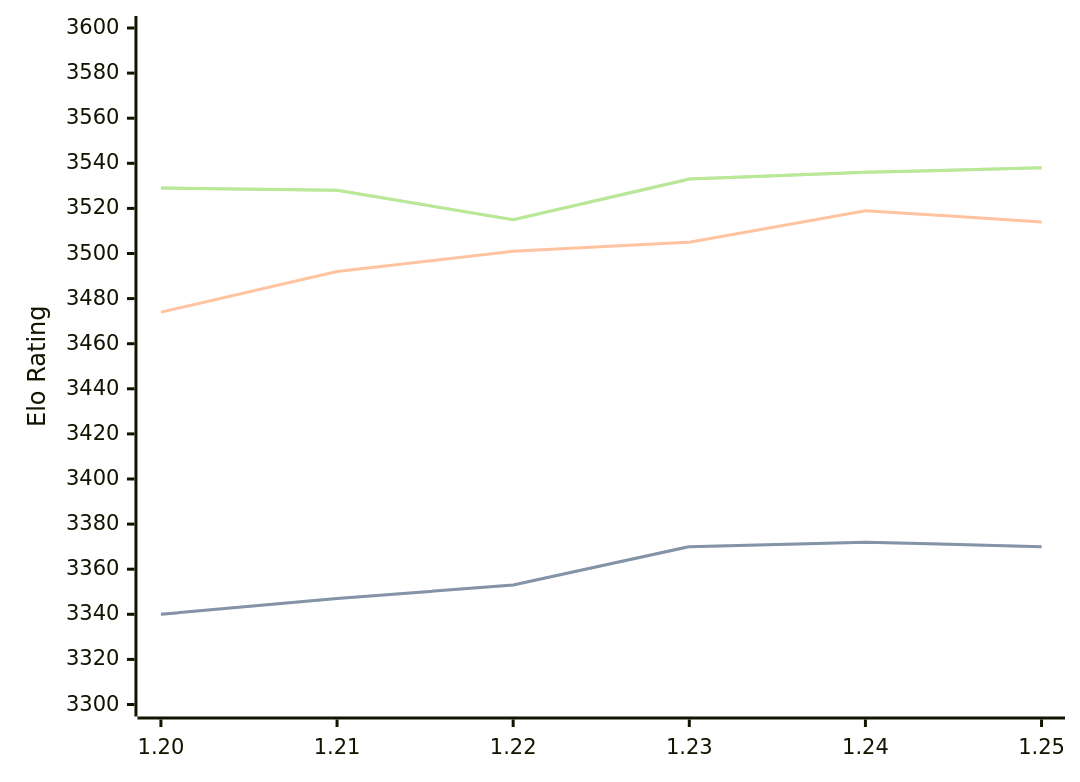
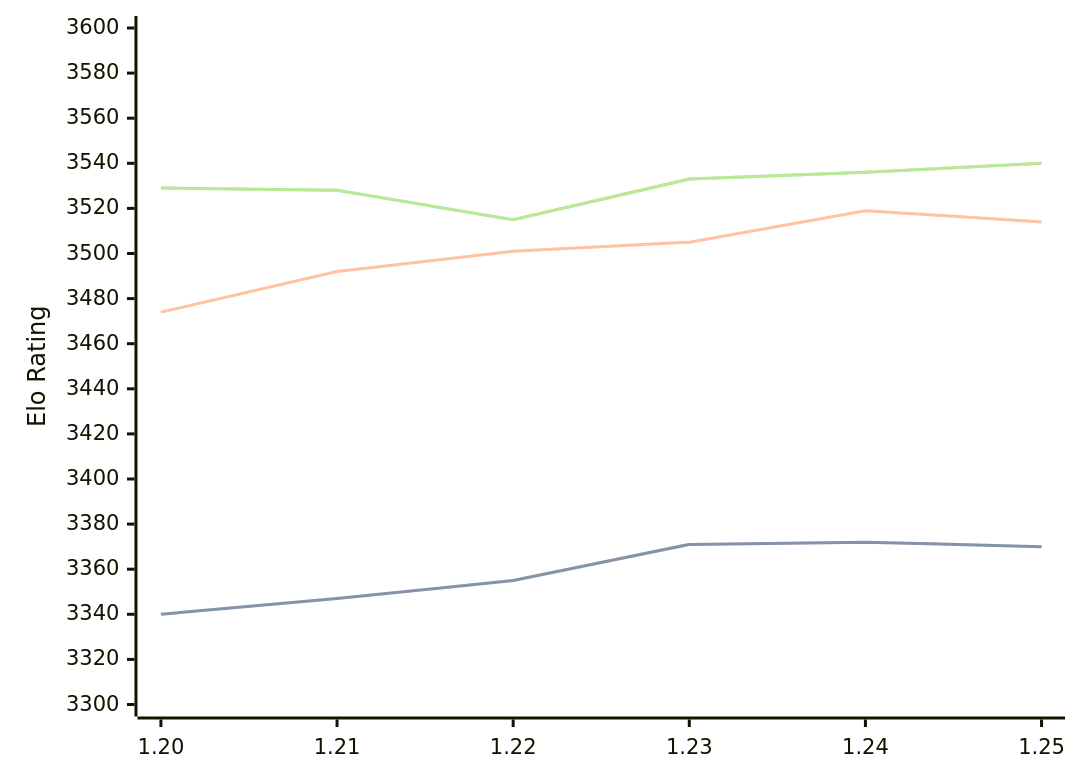
The first of 3 diagrams in engines/Caissa.md (computer-chess-index/cci), drawn with Mermaid before and after one commit. The commit also changed other lines of this file, not shown here.

Commit message:
Update CCI Ratings (ELO VLTC) - 2026-06-15

````diff
--- a/engines/Caissa.md
+++ b/engines/Caissa.md
@@ -65,11 +65,11 @@
 ```mermaid
 %%{init: {"theme":"base","themeVariables":{"seriesColors:['#a3a3a3','#222221','#faa371']}}}%%
 xychart-beta
   x-axis ["1.20", "1.21", "1.22", "1.23", "1.24", "1.25"]
   y-axis "Elo Rating" 3300 --> 3600
-  line "STC (8.0+0.08s)" [3340, 3347, 3353, 3370, 3372, 3370]
-  line "STC (8.0+0.08s)" [3340, 3347, 3353, 3370, 3372, 3370]
+  line "STC (8.0+0.08s)" [3340, 3347, 3355, 3371, 3372, 3370]
+  line "STC (8.0+0.08s)" [3340, 3347, 3355, 3371, 3372, 3370]
   line "LTC (60.0+0.60s)" [3474, 3492, 3501, 3505, 3519, 3514]
-  line "VLTC (2m24s+1.12s)" [3529, 3528, 3515, 3533, 3536, 3538]
-  line "VLTC (2m24s+1.12s)" [3529, 3528, 3515, 3533, 3536, 3538]
+  line "VLTC (2m24s+1.12s)" [3529, 3528, 3515, 3533, 3536, 3540]
+  line "VLTC (2m24s+1.12s)" [3529, 3528, 3515, 3533, 3536, 3540]
 ```
````
